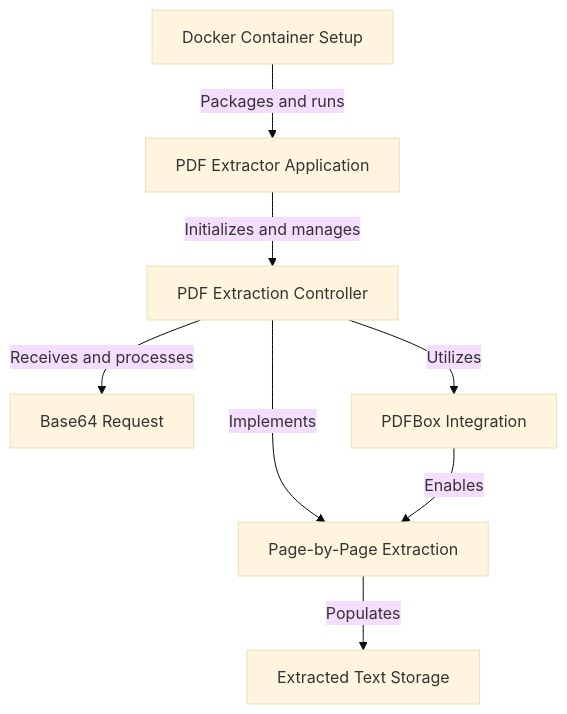
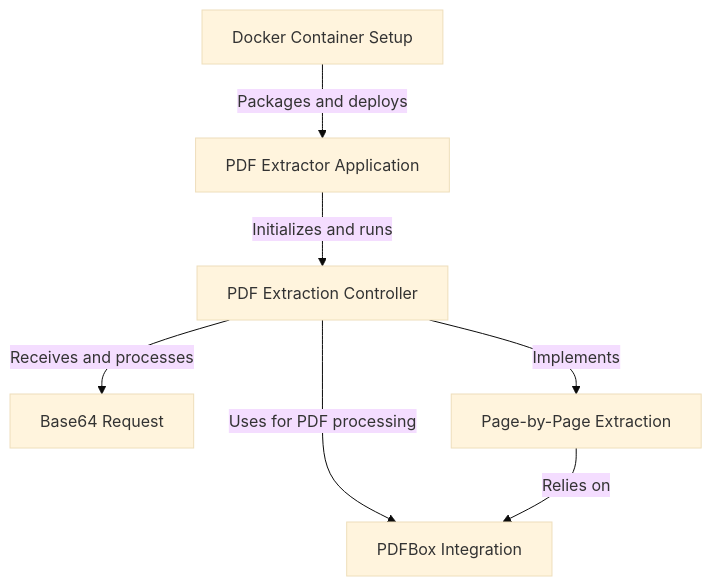
The first of 7 diagrams in README.md (dygavieta/NewRepo), drawn with Mermaid (base theme) before and after one commit. The commit also changed other lines of this file, not shown here.

````diff
--- a/README.md
+++ b/README.md
@@ -11,24 +11,21 @@
 ```mermaid
 flowchart TD
     A0["PDF Extractor Application
 "]
     A1["PDF Extraction Controller
 "]
     A2["Base64 Request
 "]
     A3["Page-by-Page Extraction
 "]
     A4["Docker Container Setup
 "]
     A5["PDFBox Integration
 "]
-    A6["Extracted Text Storage
-"]
-    A0 -- "Initializes and manages" --> A1
+    A0 -- "Initializes and runs" --> A1
     A1 -- "Receives and processes" --> A2
     A1 -- "Implements" --> A3
-    A1 -- "Utilizes" --> A5
-    A3 -- "Populates" --> A6
-    A4 -- "Packages and runs" --> A0
-    A5 -- "Enables" --> A3
+    A1 -- "Uses for PDF processing" --> A5
+    A4 -- "Packages and deploys" --> A0
+    A3 -- "Relies on" --> A5
 ```
````
